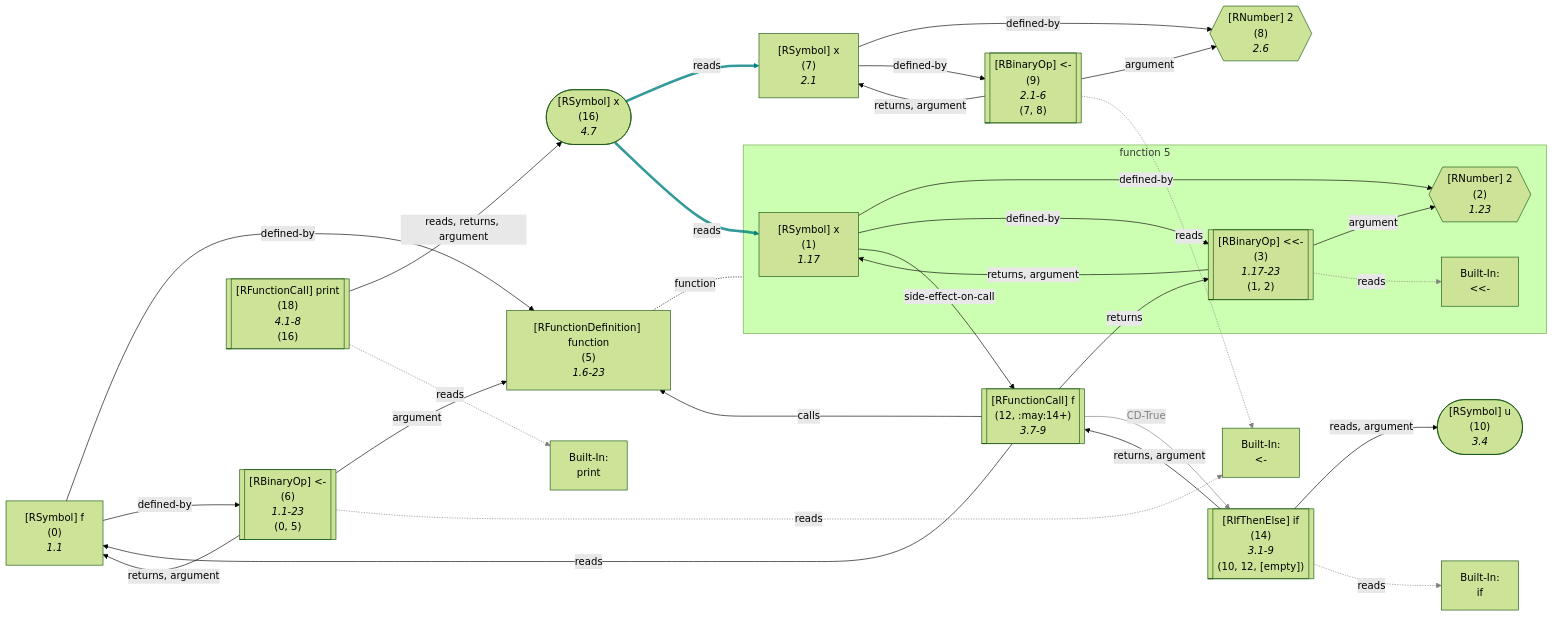
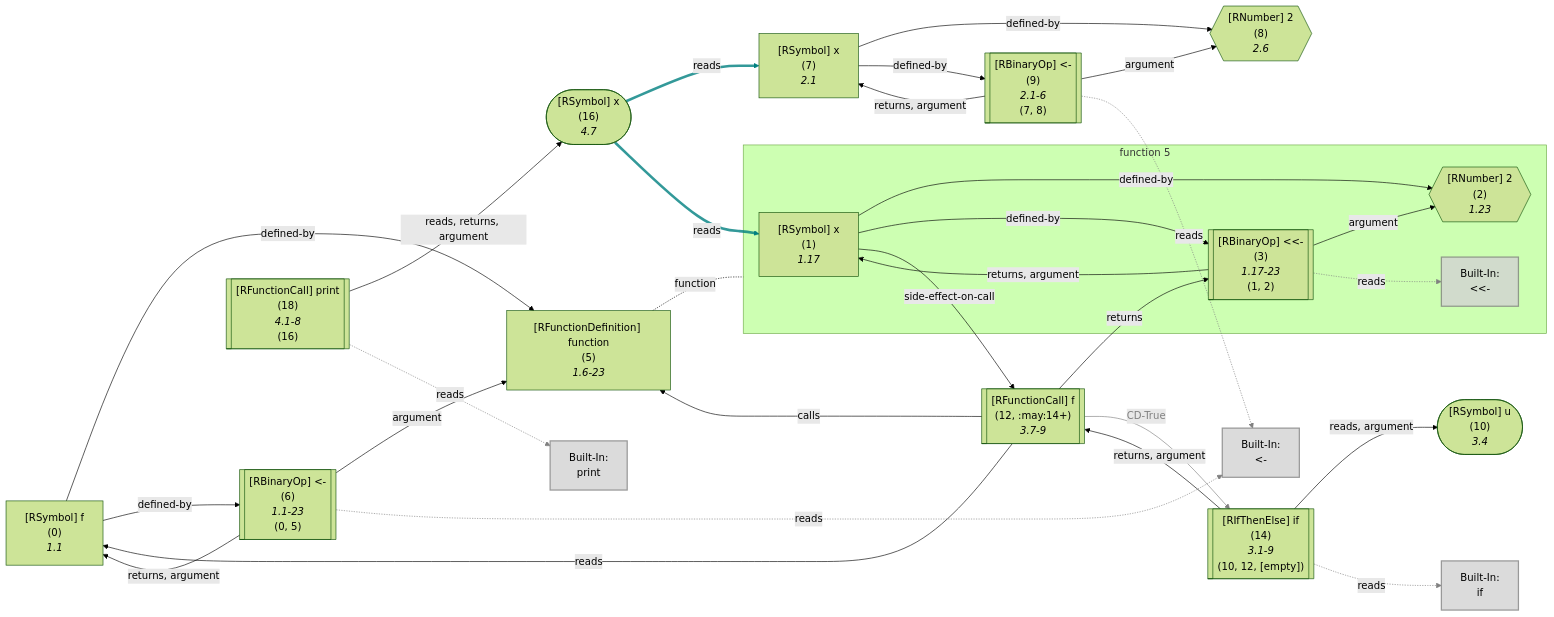
Diagram 11 of 48 in wiki/Dataflow Graph.md (flowr-analysis/flowr), drawn with Mermaid (forest theme) before and after one commit. The commit also changed other lines of this file and 4 other files, not shown here.

```diff
--- a/wiki/Dataflow Graph.md
+++ b/wiki/Dataflow Graph.md
@@ -1111,6 +1136,7 @@
     (1, 2)`"]]
     built-in:__-["`Built-In:
 #60;#60;#45;`"]
+    style built-in:__- stroke:gray,fill:lightgray,stroke-width:2px,opacity:.8;
 end
     0["`#91;RSymbol#93; f
       (0)
@@ -1121,6 +1147,7 @@
     (0, 5)`"]]
     built-in:_-["`Built-In:
 #60;#45;`"]
+    style built-in:_- stroke:gray,fill:lightgray,stroke-width:2px,opacity:.8;
     8{{"`#91;RNumber#93; 2
       (8)
       *2.6*`"}}
@@ -1148,6 +1175,7 @@
     (10, 12, [empty])`"]]
     built-in:if["`Built-In:
 if`"]
+    style built-in:if stroke:gray,fill:lightgray,stroke-width:2px,opacity:.8;
     16(["`#91;RSymbol#93; x
       (16)
       *4.7*`"])
@@ -1157,6 +1185,7 @@
     (16)`"]]
     built-in:print["`Built-In:
 print`"]
+    style built-in:print stroke:gray,fill:lightgray,stroke-width:2px,opacity:.8;
     1 -->|"defined-by"| 2
     1 -->|"defined-by"| 3
     1 -->|"side-effect-on-call"| 12
```
